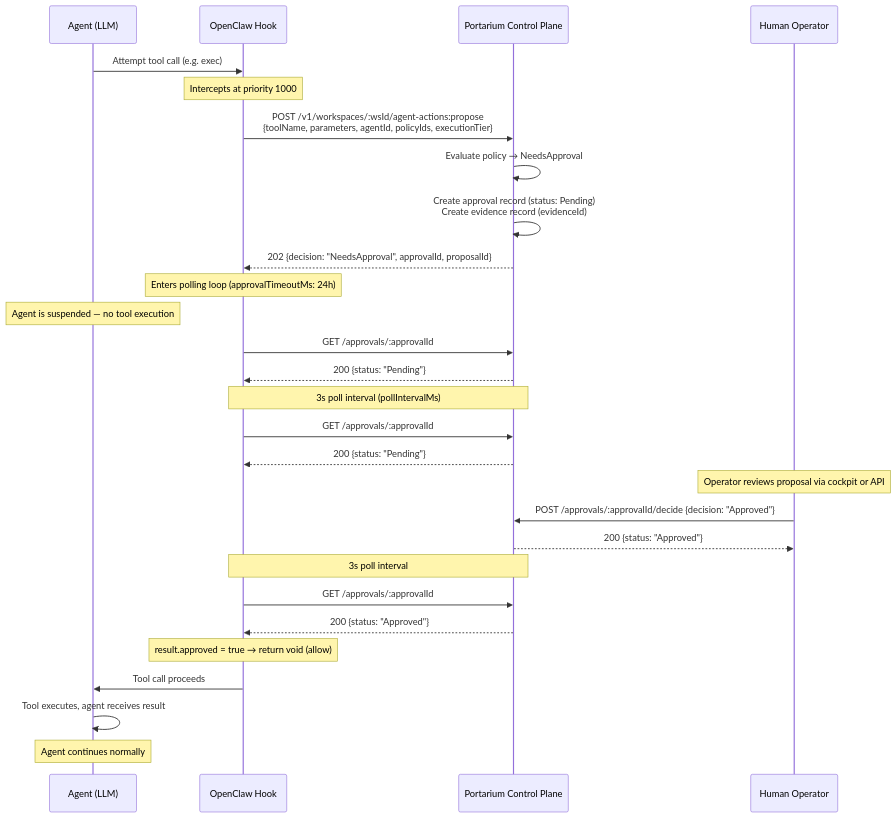
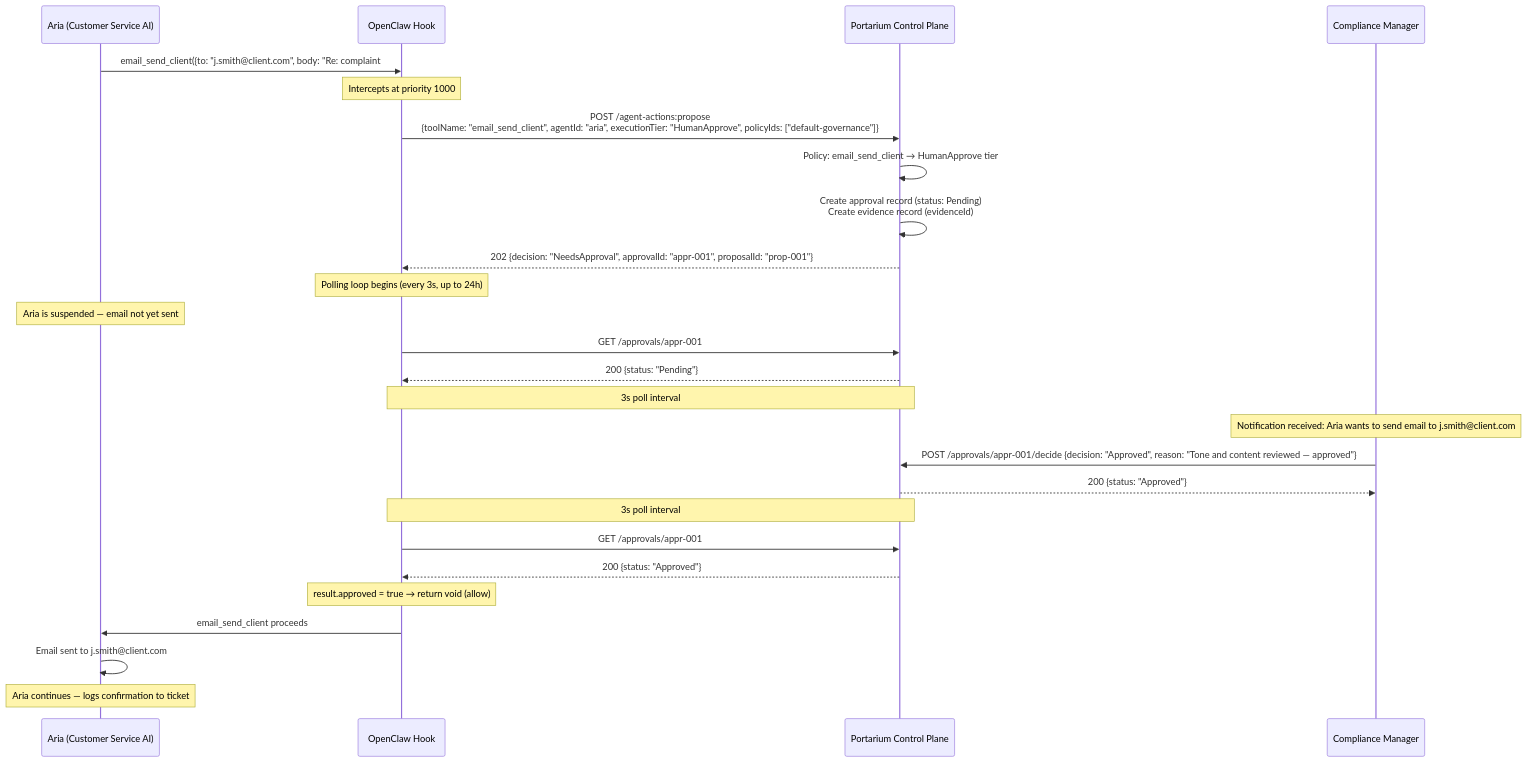
One commit to 45ck/Portarium changed the second of 9 diagrams in examples/openclaw/diagrams.md. Above: the diagram before and after it, drawn with Mermaid. The commit also changed other lines of this file and 3 other files, not shown here.

````diff
--- a/examples/openclaw/diagrams.md
+++ b/examples/openclaw/diagrams.md
@@ -37,42 +48,38 @@
 ```mermaid
 sequenceDiagram
-  participant Agent as Agent (LLM)
+  participant Aria as Aria (Customer Service AI)
   participant Hook as OpenClaw Hook
   participant CP as Portarium Control Plane
-  participant Human as Human Operator
+  participant CM as Compliance Manager
 
-  Agent->>Hook: Attempt tool call (e.g. exec)
+  Aria->>Hook: email_send_client({to: "j.smith@client.com", body: "Re: complaint #4821..."})
   Note over Hook: Intercepts at priority 1000
 
-  Hook->>CP: POST /v1/workspaces/:wsId/agent-actions:propose<br/>{toolName, parameters, agentId, policyIds, executionTier}
-  CP->>CP: Evaluate policy → NeedsApproval
+  Hook->>CP: POST /agent-actions:propose<br/>{toolName: "email_send_client", agentId: "aria", executionTier: "HumanApprove", policyIds: ["default-governance"]}
+  CP->>CP: Policy: email_send_client → HumanApprove tier
   CP->>CP: Create approval record (status: Pending)<br/>Create evidence record (evidenceId)
-  CP-->>Hook: 202 {decision: "NeedsApproval", approvalId, proposalId}
+  CP-->>Hook: 202 {decision: "NeedsApproval", approvalId: "appr-001", proposalId: "prop-001"}
 
-  Note over Hook: Enters polling loop (approvalTimeoutMs: 24h)
-  Note over Agent: Agent is suspended — no tool execution
+  Note over Hook: Polling loop begins (every 3s, up to 24h)
+  Note over Aria: Aria is suspended — email not yet sent
 
-  Hook->>CP: GET /approvals/:approvalId
+  Hook->>CP: GET /approvals/appr-001
   CP-->>Hook: 200 {status: "Pending"}
-
-  Note over Hook,CP: 3s poll interval (pollIntervalMs)
-
-  Hook->>CP: GET /approvals/:approvalId
-  CP-->>Hook: 200 {status: "Pending"}
-
-  Note over Human: Operator reviews proposal via cockpit or API
-
-  Human->>CP: POST /approvals/:approvalId/decide {decision: "Approved"}
-  CP-->>Human: 200 {status: "Approved"}
 
   Note over Hook,CP: 3s poll interval
 
-  Hook->>CP: GET /approvals/:approvalId
+  Note over CM: Notification received: Aria wants to send email to j.smith@client.com
+  CM->>CP: POST /approvals/appr-001/decide {decision: "Approved", reason: "Tone and content reviewed — approved"}
+  CP-->>CM: 200 {status: "Approved"}
+
+  Note over Hook,CP: 3s poll interval
+
+  Hook->>CP: GET /approvals/appr-001
   CP-->>Hook: 200 {status: "Approved"}
 
   Note over Hook: result.approved = true → return void (allow)
 
-  Hook->>Agent: Tool call proceeds
-  Agent->>Agent: Tool executes, agent receives result
-  Note over Agent: Agent continues normally
+  Hook->>Aria: email_send_client proceeds
+  Aria->>Aria: Email sent to j.smith@client.com
+  Note over Aria: Aria continues — logs confirmation to ticket #4821
 ```
````
